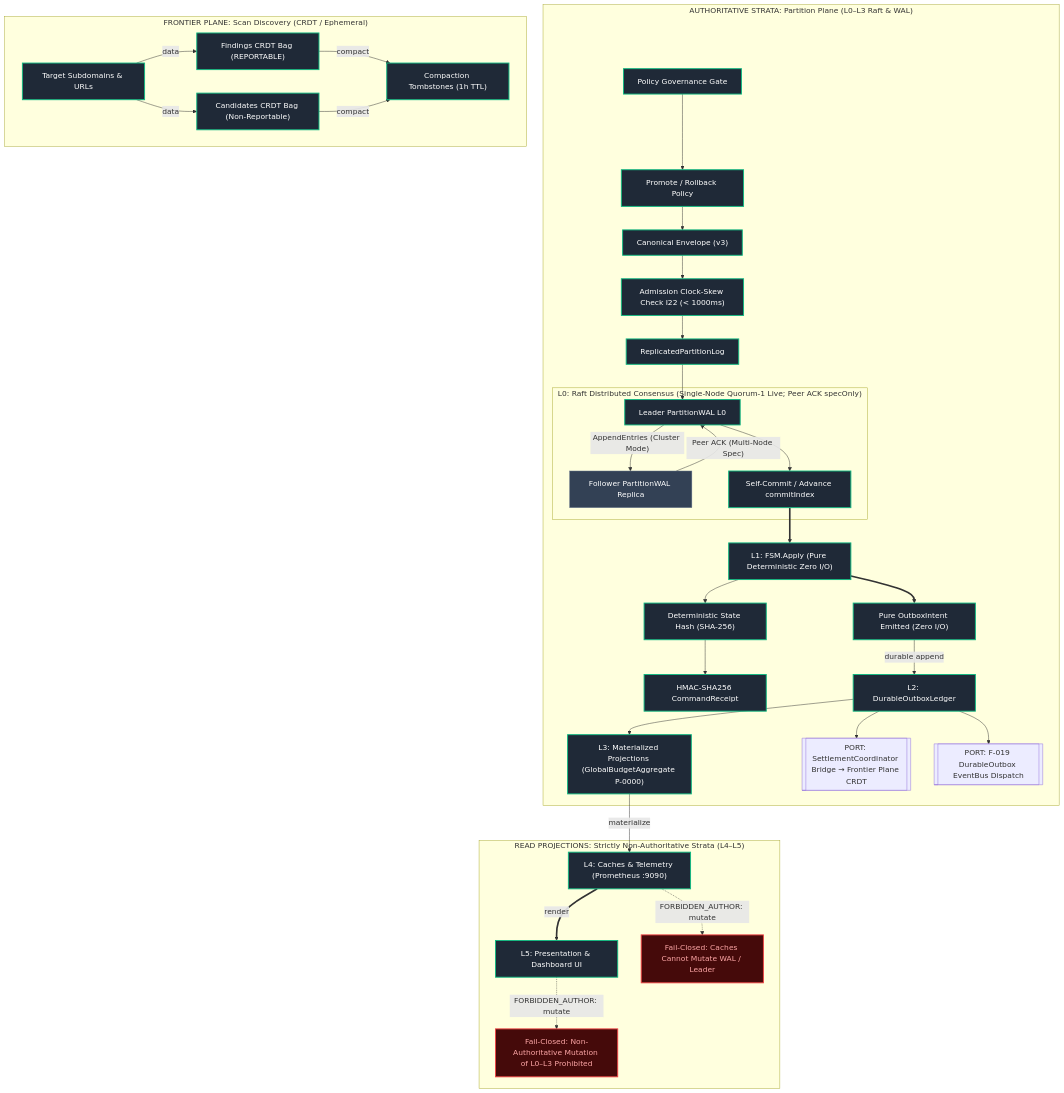
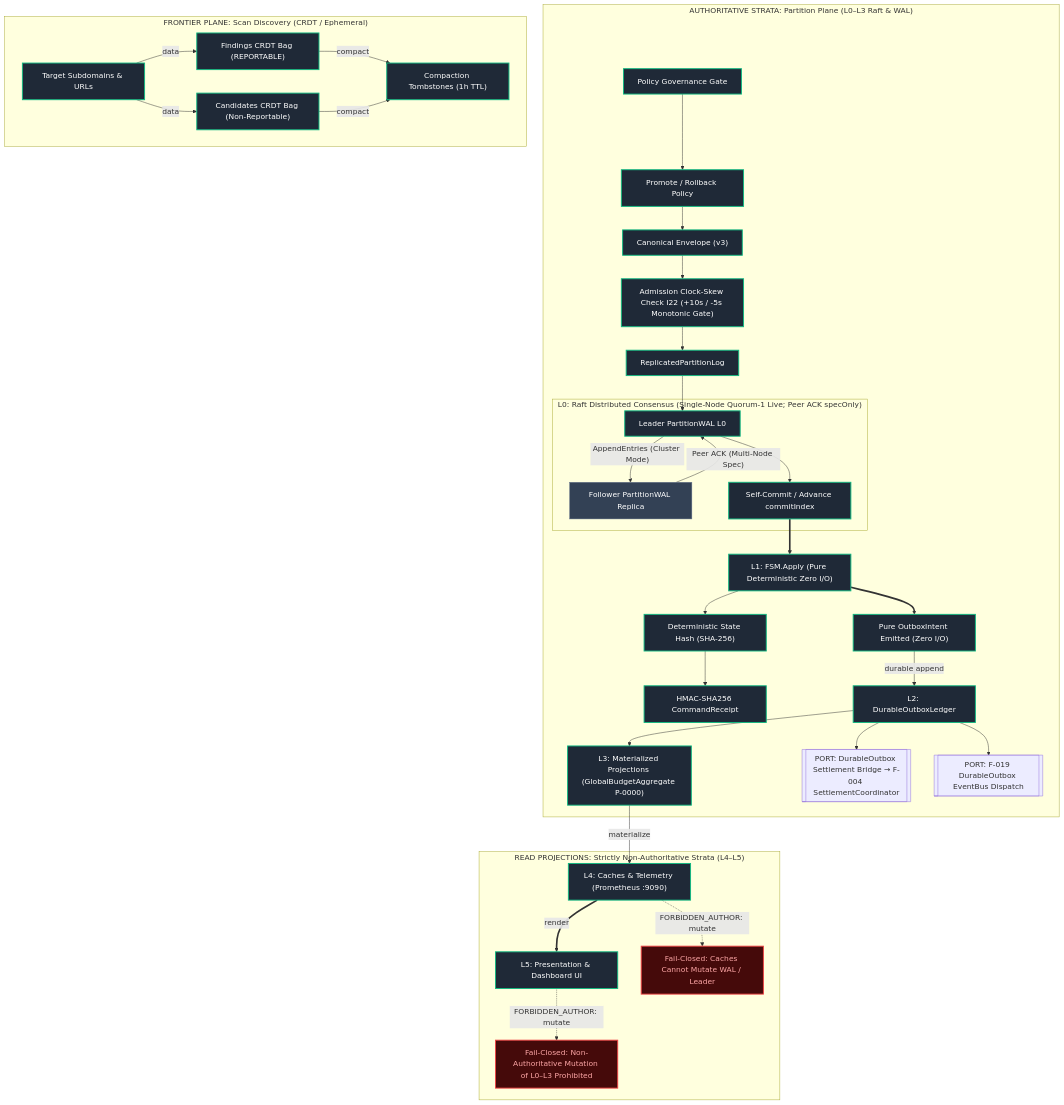
One commit to AviralGup7/Singularity-Zero changed the fourth of 16 diagrams in docs/flowchart.md. Above: the diagram before and after it, drawn with Mermaid. The commit also changed other lines of this file, not shown here.

Commit message:
fix(flowchart): resolve Revision 3 audit items code-first across atlas and models

````diff
--- a/docs/flowchart.md
+++ b/docs/flowchart.md
@@ -194,50 +201,50 @@
 ```mermaid
 flowchart TD
     classDef impl fill:#1f2937,stroke:#10b981,stroke-width:2px,color:#fff;
     classDef library fill:#334155,stroke:#64748b,stroke-width:1px,color:#fff;
     classDef forbidden fill:#450a0a,stroke:#ef4444,stroke-width:2px,color:#fca5a5;
 
     subgraph AuthoritativeStrata["AUTHORITATIVE STRATA: Partition Plane (L0–L3 Raft & WAL)"]
         Tuner["Policy Governance Gate"]:::impl --> Promo["Promote / Rollback Policy"]:::impl
         Promo --> EnvelopeIn["Canonical Envelope (v3)"]:::impl
-        EnvelopeIn --> Admit["Admission Clock-Skew Check I22 (< 1000ms)"]:::impl
+        EnvelopeIn --> Admit["Admission Clock-Skew Check I22 (+10s / -5s Monotonic Gate)"]:::impl
         Admit --> Log["ReplicatedPartitionLog"]:::impl
         
         subgraph L0_Consensus["L0: Raft Distributed Consensus (Single-Node Quorum-1 Live; Peer ACK specOnly)"]
             Leader["Leader PartitionWAL L0"]:::impl
             F1["Follower PartitionWAL Replica"]:::library
             Leader -->|"AppendEntries (Cluster Mode)"| F1
             F1 -->|"Peer ACK (Multi-Node Spec)"| Leader
             Leader --> Commit["Self-Commit / Advance commitIndex"]:::impl
         end
         Log --> Leader
         Commit ==> Apply["L1: FSM.Apply (Pure Deterministic Zero I/O)"]:::impl
         Apply --> StateHash["Deterministic State Hash (SHA-256)"]:::impl
         StateHash --> Receipt["HMAC-SHA256 CommandReceipt"]:::impl
         Apply ==> Intent["Pure OutboxIntent Emitted (Zero I/O)"]:::impl
         Intent -->|durable append| Outbox["L2: DurableOutboxLedger"]:::impl
         Outbox --> Proj["L3: Materialized Projections (GlobalBudgetAggregate P-0000)"]:::impl
         
-        Outbox --> PORT_CRDT_BRIDGE[["PORT: SettlementCoordinator Bridge → Frontier Plane CRDT"]]
+        Outbox --> PORT_CRDT_BRIDGE[["PORT: DurableOutbox Settlement Bridge → F-004 SettlementCoordinator"]]
         Outbox --> PORT_F019_BUS[["PORT: F-019 DurableOutbox EventBus Dispatch"]]
     end
     
     subgraph FrontierPlane["FRONTIER PLANE: Scan Discovery (CRDT / Ephemeral)"]
         F_Targets["Target Subdomains & URLs"]:::impl
         F_Findings["Findings CRDT Bag (REPORTABLE)"]:::impl
         F_Candidates["Candidates CRDT Bag (Non-Reportable)"]:::impl
         F_Tombstones["Compaction Tombstones (1h TTL)"]:::impl
         F_Targets -->|data| F_Findings
         F_Targets -->|data| F_Candidates
         F_Findings -->|compact| F_Tombstones
         F_Candidates -->|compact| F_Tombstones
     end
     
     subgraph ReadProjections["READ PROJECTIONS: Strictly Non-Authoritative Strata (L4–L5)"]
         Proj -->|materialize| Cache["L4: Caches & Telemetry (Prometheus :9090)"]:::impl
         Cache ==>|render| UI["L5: Presentation & Dashboard UI"]:::impl
         
         UI -.->|"FORBIDDEN_AUTHOR: mutate"| ForbidL0["Fail-Closed: Non-Authoritative Mutation of L0–L3 Prohibited"]:::forbidden
         Cache -.->|"FORBIDDEN_AUTHOR: mutate"| ForbidWAL["Fail-Closed: Caches Cannot Mutate WAL / Leader"]:::forbidden
     end
 ```
````
